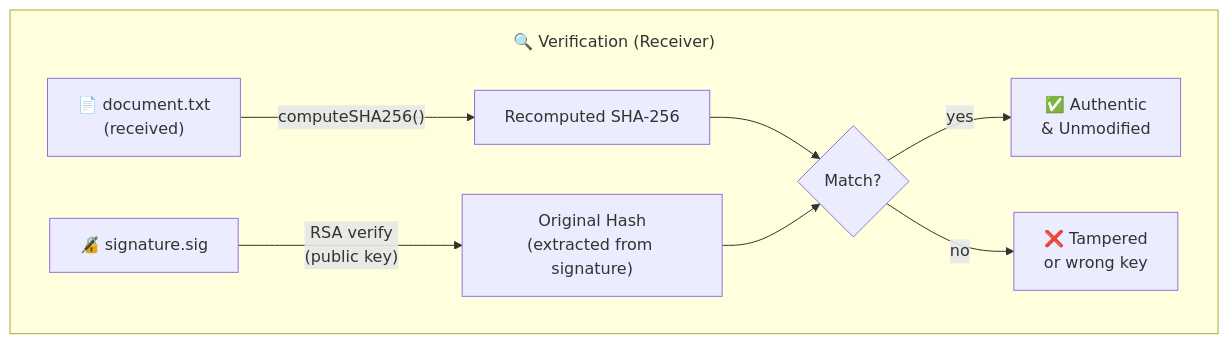
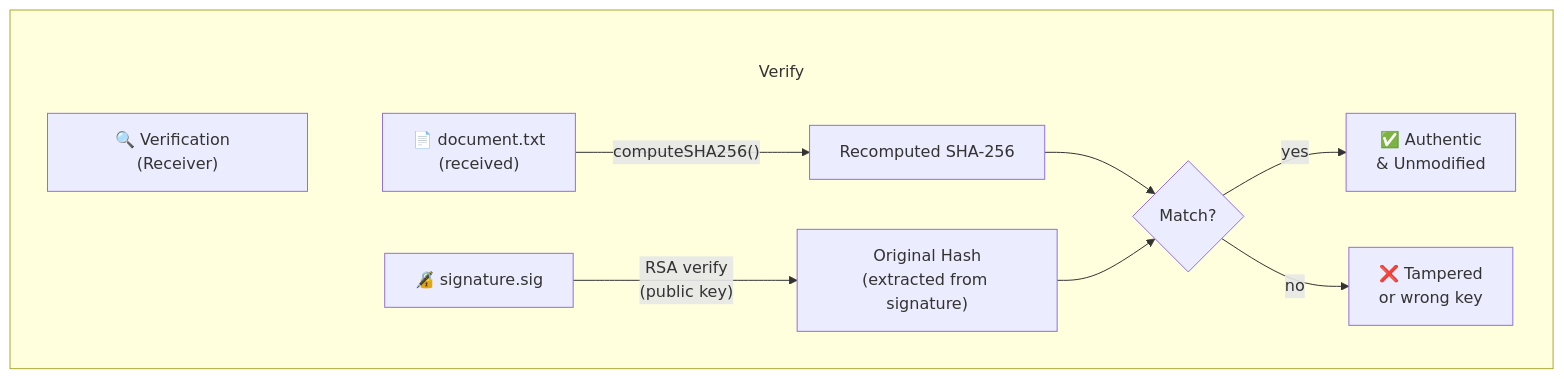
Before and after one commit to csoares/SecurityJava: the eighth of 9 diagrams in src/main/java/security/encryption/integrity/README.md, drawn with Mermaid. The commit also changed other lines of this file and 11 other files, not shown here.

Commit message:
Fix Mermaid subgraph title overlap by moving labels into title nodes Replace subgraph label syntax (which overlaps first node) with explicit title nodes inside each subgraph, connected via invisible edges (~~~). Also increase subGraphTitleMargin top padding from 20 to 50 for extra space.

````diff
--- a/src/main/java/security/encryption/integrity/README.md
+++ b/src/main/java/security/encryption/integrity/README.md
@@ -144,17 +154,19 @@
 ```mermaid
-%%{init: {'flowchart': {'subGraphTitleMargin': {'top': 20, 'bottom': 5}}}}%%
+%%{init: {'flowchart': {'subGraphTitleMargin': {'top': 50, 'bottom': 10}}}}%%
 flowchart TD
-    subgraph Verify ["🔍 Verification  (Receiver)"]
+    subgraph Verify
+        T_Verify["🔍 Verification  (Receiver)"]
+        T_Verify ~~~ FILE2
         FILE2["📄 document.txt<br/>(received)"]
         SIG2["🔏 signature.sig"]
         HASH2["Recomputed SHA-256"]
         ORIG["Original Hash<br/>(extracted from signature)"]
         CMP{"Match?"}
         FILE2 -->|"computeSHA256()"| HASH2
         SIG2 -->|"RSA verify<br/>(public key)"| ORIG
         HASH2 --> CMP
         ORIG --> CMP
         CMP -->|"yes"| OK["✅ Authentic<br/>& Unmodified"]
         CMP -->|"no"| FAIL["❌ Tampered<br/>or wrong key"]
     end
 ```
````
